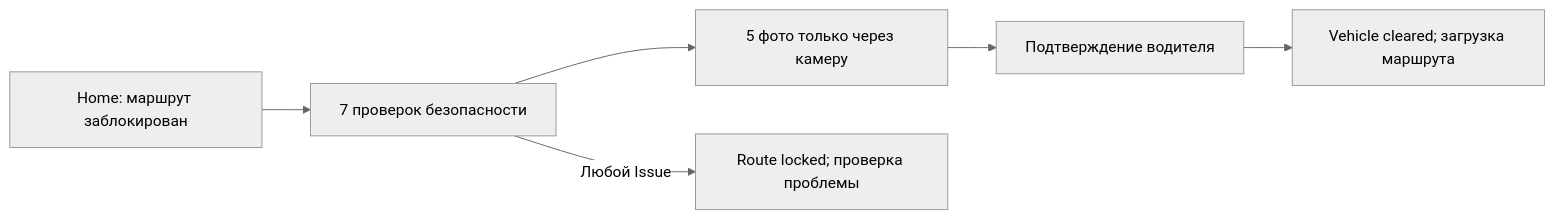
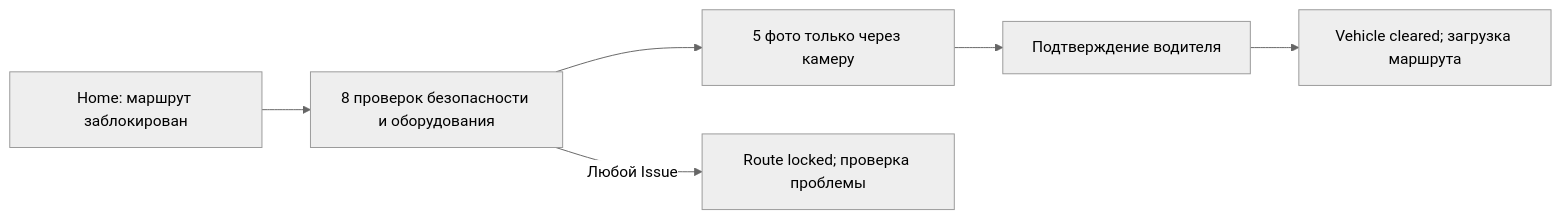
Before and after one commit to yarsuleimenov-code/Mobile_app: the first of 4 diagrams in docs/mobile-app/ru/business-overview.md, drawn with Mermaid (neutral theme). The commit also changed 31 other files, not shown here.

````diff
--- a/docs/mobile-app/ru/business-overview.md
+++ b/docs/mobile-app/ru/business-overview.md
@@ -42,8 +42,8 @@
 ```mermaid
 flowchart LR
-  A["Home: маршрут заблокирован"] --> B["7 проверок безопасности"]
+  A["Home: маршрут заблокирован"] --> B["8 проверок безопасности и оборудования"]
   B --> C["5 фото только через камеру"]
   C --> D["Подтверждение водителя"]
   D --> E["Vehicle cleared; загрузка маршрута"]
   B -->|Любой Issue| F["Route locked; проверка проблемы"]
 ```
````
